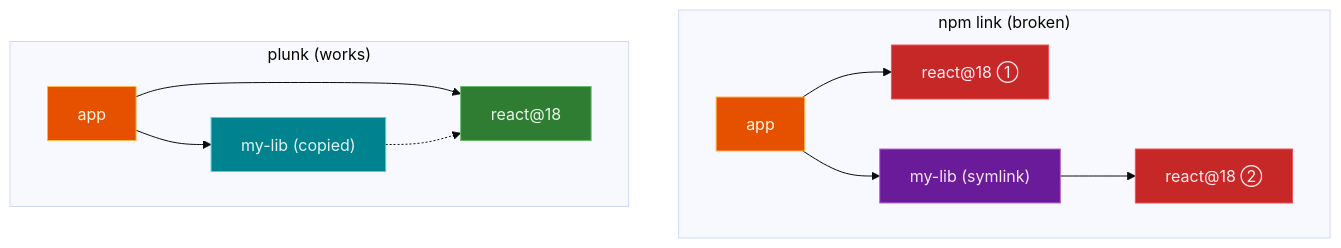
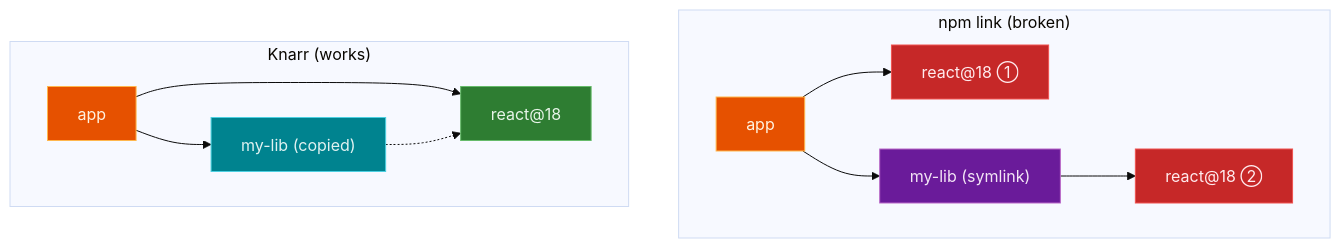
One commit to oleg-kuibar/plunk changed the fourth of 4 diagrams in docs/comparison.md. Above: the diagram before and after it, drawn with Mermaid (base theme). The commit also changed other lines of this file and 135 other files, not shown here.

````diff
--- a/docs/comparison.md
+++ b/docs/comparison.md
@@ -75,22 +75,22 @@
 ```mermaid
 graph TB
     subgraph "npm link (broken)"
         App1[app] --> React1["react@18 ①"]
         App1 --> Lib1["my-lib (symlink)"]
         Lib1 --> React2["react@18 ②"]
     end
 
-    subgraph "plunk (works)"
+    subgraph "Knarr (works)"
         App2[app] --> React3["react@18"]
         App2 --> Lib2["my-lib (copied)"]
         Lib2 -.-> React3
     end
 
     style App1 fill:#e65100,stroke:#ffb74d,color:#fff3e0
     style React1 fill:#c62828,stroke:#ef5350,color:#ffebee
     style React2 fill:#c62828,stroke:#ef5350,color:#ffebee
     style Lib1 fill:#6a1b9a,stroke:#ba68c8,color:#f3e5f5
     style App2 fill:#e65100,stroke:#ffb74d,color:#fff3e0
     style React3 fill:#2e7d32,stroke:#66bb6a,color:#e8f5e9
     style Lib2 fill:#00838f,stroke:#4dd0e1,color:#e0f2f1
 ```
````
